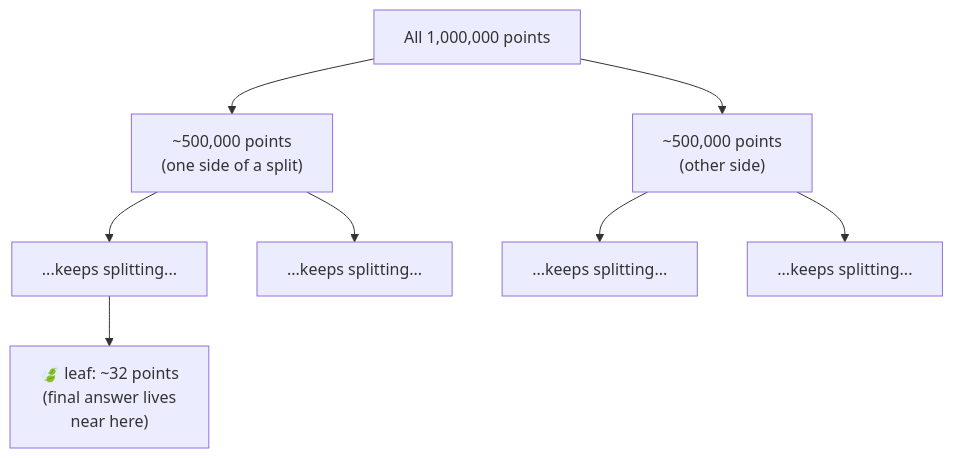
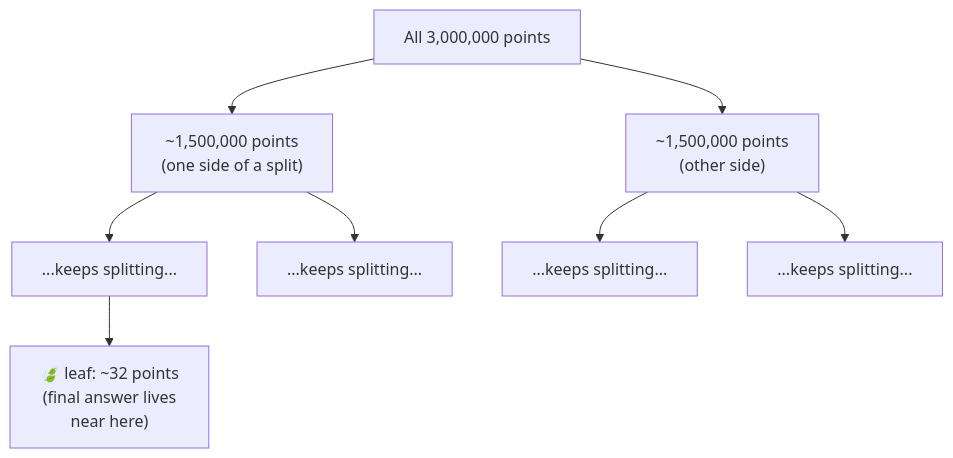
Before and after one commit to KauanCarvalho/rinha-de-backend-2026-fraud-detector: the third of 6 diagrams in .github/docs/APPLICATION_FLOW.md, drawn with Mermaid. The commit also changed other lines of this file and 10 other files, not shown here.

````diff
--- a/.github/docs/APPLICATION_FLOW.md
+++ b/.github/docs/APPLICATION_FLOW.md
@@ -114,10 +114,10 @@
 ```mermaid
 flowchart TD
-    Root["All 1,000,000 points"] --> L["~500,000 points<br/>(one side of a split)"]
-    Root --> R["~500,000 points<br/>(other side)"]
+    Root["All 3,000,000 points"] --> L["~1,500,000 points<br/>(one side of a split)"]
+    Root --> R["~1,500,000 points<br/>(other side)"]
     L --> LL["...keeps splitting..."]
     L --> LR["...keeps splitting..."]
     R --> RL["...keeps splitting..."]
     R --> RR["...keeps splitting..."]
     LL --> Leaf["🍃 leaf: ~32 points<br/>(final answer lives<br/>near here)"]
 ```
````
